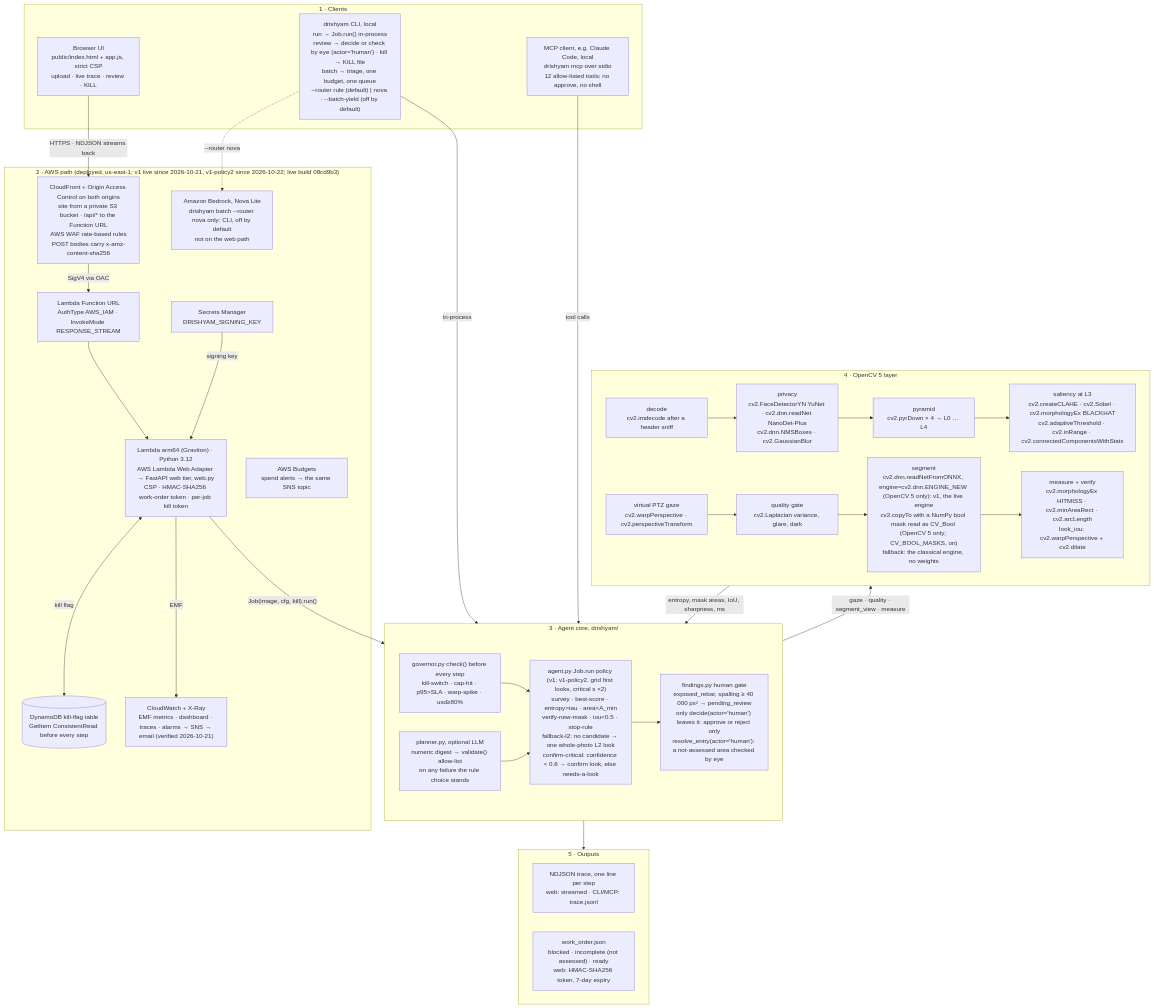
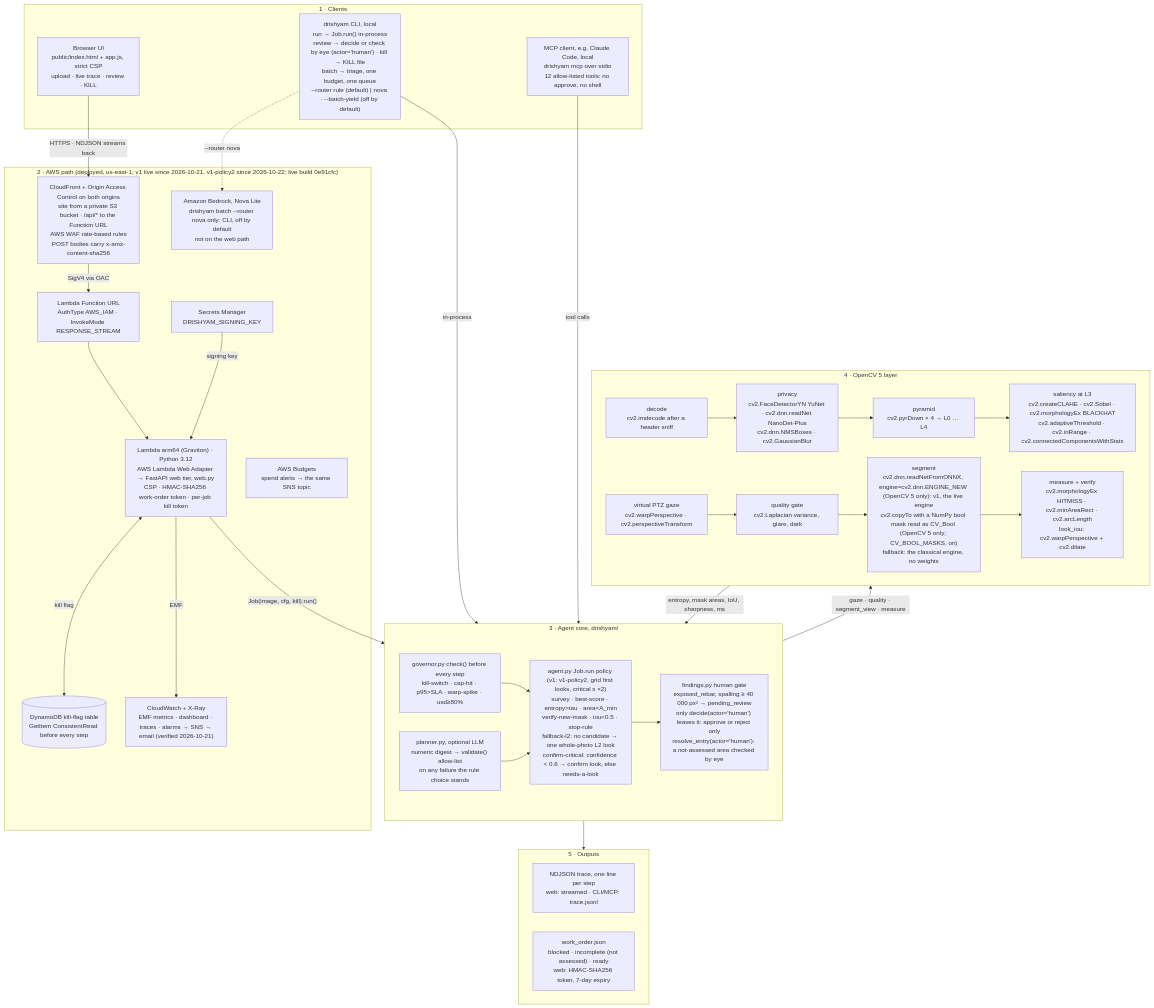
The diagram in docs/architecture.mmd (vj-io/drishyam), drawn with Mermaid before and after one commit. The commit also changed 8 other files, not shown here.

First line of the commit message:
docs: record the 0e91cfc deploy (1.1.4), the live build everywhere it is named

```diff
--- a/docs/architecture.mmd
+++ b/docs/architecture.mmd
@@ -1,62 +1,62 @@
 %% Drishyam system architecture: the same content as docs/architecture.svg.
 %% cv2 names are the calls made in drishyam/imaging.py, privacy.py, segment.py, measure.py and agent.py.
-%% REV 1.1.1 (2026-10-22), the code of the live build 08cd9b3.
+%% REV 1.1.1 (2026-10-22), the code of the live build 0e91cfc.
 flowchart TB
     subgraph CLIENTS["1 · Clients"]
         UI["Browser UI<br/>public/index.html + app.js, strict CSP<br/>upload · live trace · review · KILL"]
         CLI["drishyam CLI, local<br/>run → Job.run() in-process<br/>review → decide or check by eye (actor='human') · kill → KILL file<br/>batch → triage, one budget, one queue<br/>--router rule (default) | nova · --batch-yield (off by default)"]
         MCPC["MCP client, e.g. Claude Code, local<br/>drishyam mcp over stdio<br/>12 allow-listed tools: no approve, no shell"]
     end
 
-    subgraph AWS["2 · AWS path (deployed, us-east-1; v1 live since 2026-10-21, v1-policy2 since 2026-10-22; live build 08cd9b3)"]
+    subgraph AWS["2 · AWS path (deployed, us-east-1; v1 live since 2026-10-21, v1-policy2 since 2026-10-22; live build 0e91cfc)"]
         CF["CloudFront + Origin Access Control on both origins<br/>site from a private S3 bucket · /api/* to the Function URL<br/>AWS WAF rate-based rules<br/>POST bodies carry x-amz-content-sha256"]
         FURL["Lambda Function URL<br/>AuthType AWS_IAM · InvokeMode RESPONSE_STREAM"]
         LAMBDA["Lambda arm64 (Graviton) · Python 3.12<br/>AWS Lambda Web Adapter → FastAPI web tier, web.py<br/>CSP · HMAC-SHA256 work-order token · per-job kill token"]
         DDB[("DynamoDB kill-flag table<br/>GetItem ConsistentRead before every step")]
         SM["Secrets Manager<br/>DRISHYAM_SIGNING_KEY"]
         CW["CloudWatch + X-Ray<br/>EMF metrics · dashboard · traces · alarms → SNS → email (verified 2026-10-21)"]
         BUD["AWS Budgets<br/>spend alerts → the same SNS topic"]
         BR["Amazon Bedrock, Nova Lite<br/>drishyam batch --router nova only: CLI, off by default<br/>not on the web path"]
     end
 
     subgraph CORE["3 · Agent core, drishyam/"]
         POLICY["agent.py Job.run policy (v1: v1-policy2, grid first looks, critical s ×2)<br/>survey · best-score · entropy#gt;tau · area#lt;A_min<br/>verify-new-mask · iou#lt;0.5 · stop-rule<br/>fallback-l2: no candidate → one whole-photo L2 look<br/>confirm-critical: confidence #lt; 0.6 → confirm look, else needs-a-look"]
         GOV["governor.py check() before every step<br/>kill-switch · cap-hit · p95#gt;SLA · warp-spike · usd≥80%"]
         PLAN["planner.py, optional LLM<br/>numeric digest → validate() allow-list<br/>on any failure the rule choice stands"]
         GATE["findings.py human gate<br/>exposed_rebar, spalling ≥ 40 000 px² → pending_review<br/>only decide(actor='human') leaves it: approve or reject only<br/>resolve_entry(actor='human'): a not-assessed area checked by eye"]
         GOV --> POLICY
         PLAN --> POLICY
         POLICY --> GATE
     end
 
     subgraph CV["4 · OpenCV 5 layer"]
         DEC["decode<br/>cv2.imdecode after a header sniff"]
         PRIV["privacy<br/>cv2.FaceDetectorYN YuNet · cv2.dnn.readNet NanoDet-Plus<br/>cv2.dnn.NMSBoxes · cv2.GaussianBlur"]
         PYR["pyramid<br/>cv2.pyrDown × 4 → L0 … L4"]
         SAL["saliency at L3<br/>cv2.createCLAHE · cv2.Sobel · cv2.morphologyEx BLACKHAT<br/>cv2.adaptiveThreshold · cv2.inRange · cv2.connectedComponentsWithStats"]
         GAZE["virtual PTZ gaze<br/>cv2.warpPerspective · cv2.perspectiveTransform"]
         QG["quality gate<br/>cv2.Laplacian variance, glare, dark"]
         SEG["segment<br/>cv2.dnn.readNetFromONNX, engine=cv2.dnn.ENGINE_NEW (OpenCV 5 only): v1, the live engine<br/>cv2.copyTo with a NumPy bool mask read as CV_Bool (OpenCV 5 only; CV_BOOL_MASKS, on)<br/>fallback: the classical engine, no weights"]
         MEAS["measure + verify<br/>cv2.morphologyEx HITMISS · cv2.minAreaRect · cv2.arcLength<br/>look_iou: cv2.warpPerspective + cv2.dilate"]
         DEC --> PRIV --> PYR --> SAL
         GAZE --> QG --> SEG --> MEAS
     end
 
     subgraph OUT["5 · Outputs"]
         TRACE["NDJSON trace, one line per step<br/>web: streamed · CLI/MCP: trace.jsonl"]
         WO["work_order.json<br/>blocked · incomplete (not assessed) · ready<br/>web: HMAC-SHA256 token, 7-day expiry"]
     end
 
     UI -->|"HTTPS · NDJSON streams back"| CF
     CF -->|"SigV4 via OAC"| FURL --> LAMBDA
     LAMBDA <-->|"kill flag"| DDB
     SM -->|"signing key"| LAMBDA
     LAMBDA -->|"EMF"| CW
     BUD ~~~ CW
     CLI -.->|"--router nova"| BR
     LAMBDA -->|"Job(image, cfg, kill).run()"| CORE
     CLI -->|"in-process"| CORE
     MCPC -->|"tool calls"| CORE
     CORE -->|"gaze · quality · segment_view · measure"| CV
     CV -->|"entropy, mask areas, IoU, sharpness, ms"| CORE
     CORE --> OUT
```
